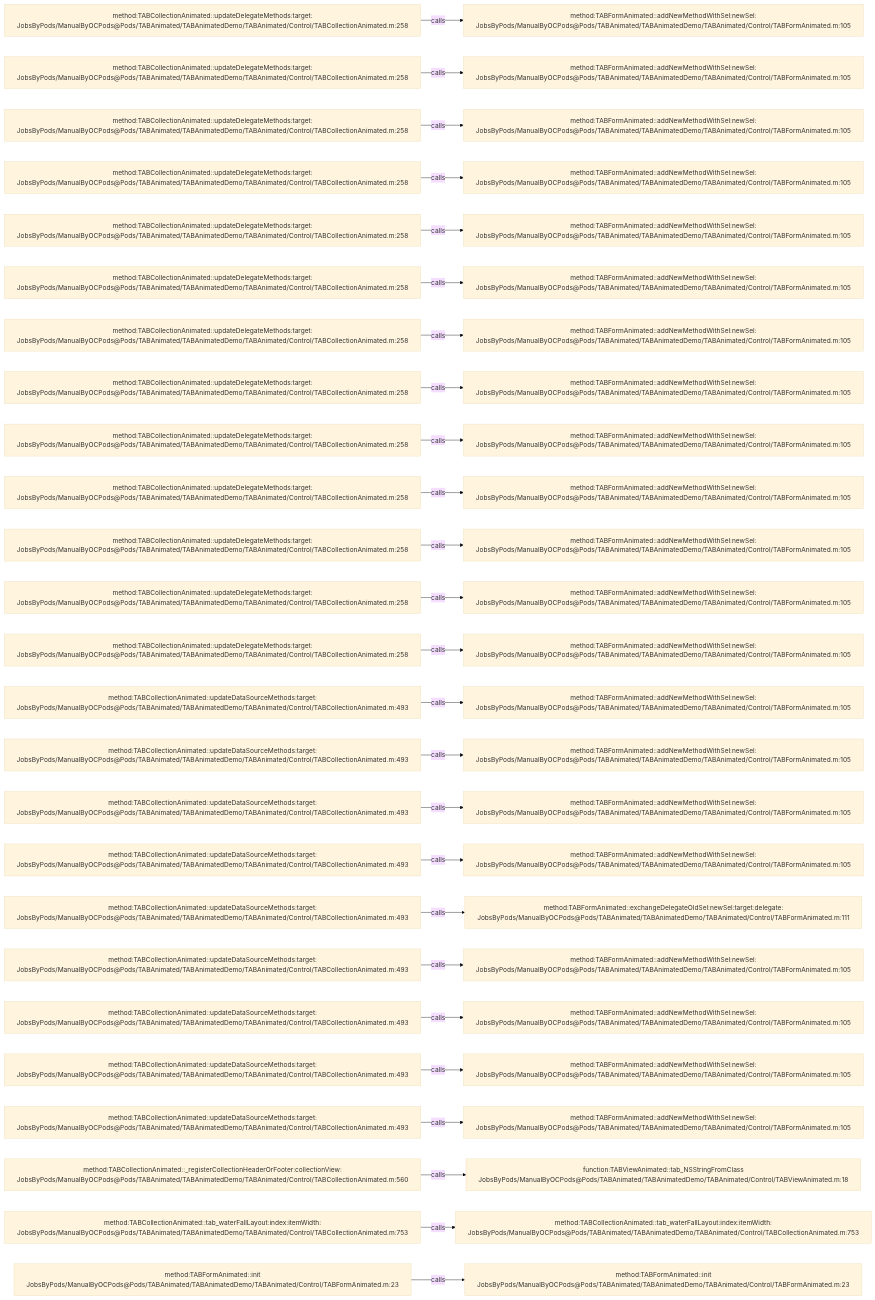
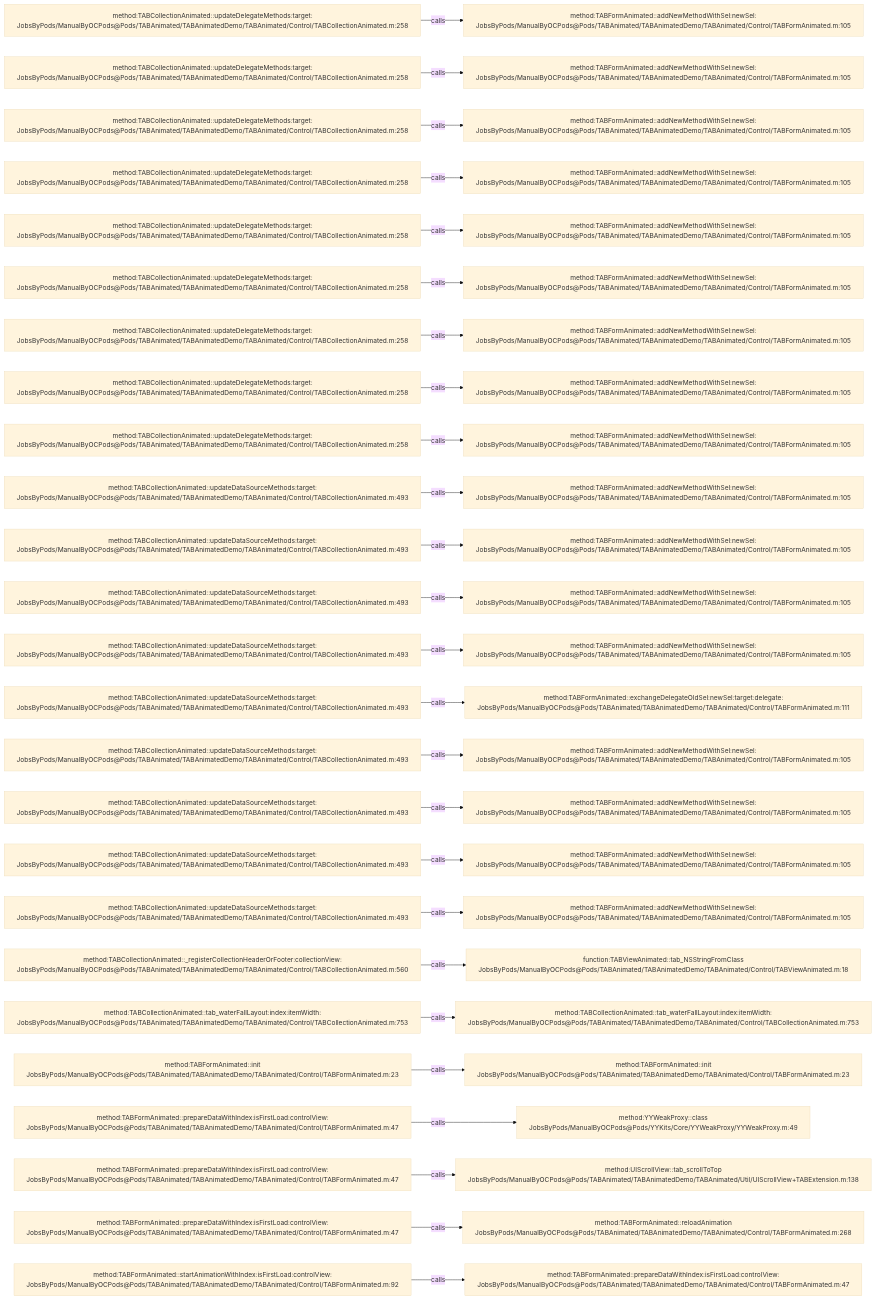
The diagram in .codegraph/codegraph.md/graphs/calls-021.md (JobsKits/JobsOCBaseConfigDemo), drawn with Mermaid (base theme) before and after one commit. The commit also changed 727 other files, not shown here.

````diff
--- a/.codegraph/codegraph.md/graphs/calls-021.md
+++ b/.codegraph/codegraph.md/graphs/calls-021.md
@@ -13,78 +13,78 @@
 ```mermaid
 flowchart LR
   S1["method:TABCollectionAnimated::updateDelegateMethods:target:<br/>JobsByPods/ManualByOCPods@Pods/TABAnimated/TABAnimatedDemo/TABAnimated/Control/TABCollectionAnimated.m:258"]
   T1["method:TABFormAnimated::addNewMethodWithSel:newSel:<br/>JobsByPods/ManualByOCPods@Pods/TABAnimated/TABAnimatedDemo/TABAnimated/Control/TABFormAnimated.m:105"]
   S1 -->|calls| T1
   S2["method:TABCollectionAnimated::updateDelegateMethods:target:<br/>JobsByPods/ManualByOCPods@Pods/TABAnimated/TABAnimatedDemo/TABAnimated/Control/TABCollectionAnimated.m:258"]
   T2["method:TABFormAnimated::addNewMethodWithSel:newSel:<br/>JobsByPods/ManualByOCPods@Pods/TABAnimated/TABAnimatedDemo/TABAnimated/Control/TABFormAnimated.m:105"]
   S2 -->|calls| T2
   S3["method:TABCollectionAnimated::updateDelegateMethods:target:<br/>JobsByPods/ManualByOCPods@Pods/TABAnimated/TABAnimatedDemo/TABAnimated/Control/TABCollectionAnimated.m:258"]
   T3["method:TABFormAnimated::addNewMethodWithSel:newSel:<br/>JobsByPods/ManualByOCPods@Pods/TABAnimated/TABAnimatedDemo/TABAnimated/Control/TABFormAnimated.m:105"]
   S3 -->|calls| T3
   S4["method:TABCollectionAnimated::updateDelegateMethods:target:<br/>JobsByPods/ManualByOCPods@Pods/TABAnimated/TABAnimatedDemo/TABAnimated/Control/TABCollectionAnimated.m:258"]
   T4["method:TABFormAnimated::addNewMethodWithSel:newSel:<br/>JobsByPods/ManualByOCPods@Pods/TABAnimated/TABAnimatedDemo/TABAnimated/Control/TABFormAnimated.m:105"]
   S4 -->|calls| T4
   S5["method:TABCollectionAnimated::updateDelegateMethods:target:<br/>JobsByPods/ManualByOCPods@Pods/TABAnimated/TABAnimatedDemo/TABAnimated/Control/TABCollectionAnimated.m:258"]
   T5["method:TABFormAnimated::addNewMethodWithSel:newSel:<br/>JobsByPods/ManualByOCPods@Pods/TABAnimated/TABAnimatedDemo/TABAnimated/Control/TABFormAnimated.m:105"]
   S5 -->|calls| T5
   S6["method:TABCollectionAnimated::updateDelegateMethods:target:<br/>JobsByPods/ManualByOCPods@Pods/TABAnimated/TABAnimatedDemo/TABAnimated/Control/TABCollectionAnimated.m:258"]
   T6["method:TABFormAnimated::addNewMethodWithSel:newSel:<br/>JobsByPods/ManualByOCPods@Pods/TABAnimated/TABAnimatedDemo/TABAnimated/Control/TABFormAnimated.m:105"]
   S6 -->|calls| T6
   S7["method:TABCollectionAnimated::updateDelegateMethods:target:<br/>JobsByPods/ManualByOCPods@Pods/TABAnimated/TABAnimatedDemo/TABAnimated/Control/TABCollectionAnimated.m:258"]
   T7["method:TABFormAnimated::addNewMethodWithSel:newSel:<br/>JobsByPods/ManualByOCPods@Pods/TABAnimated/TABAnimatedDemo/TABAnimated/Control/TABFormAnimated.m:105"]
   S7 -->|calls| T7
   S8["method:TABCollectionAnimated::updateDelegateMethods:target:<br/>JobsByPods/ManualByOCPods@Pods/TABAnimated/TABAnimatedDemo/TABAnimated/Control/TABCollectionAnimated.m:258"]
   T8["method:TABFormAnimated::addNewMethodWithSel:newSel:<br/>JobsByPods/ManualByOCPods@Pods/TABAnimated/TABAnimatedDemo/TABAnimated/Control/TABFormAnimated.m:105"]
   S8 -->|calls| T8
   S9["method:TABCollectionAnimated::updateDelegateMethods:target:<br/>JobsByPods/ManualByOCPods@Pods/TABAnimated/TABAnimatedDemo/TABAnimated/Control/TABCollectionAnimated.m:258"]
   T9["method:TABFormAnimated::addNewMethodWithSel:newSel:<br/>JobsByPods/ManualByOCPods@Pods/TABAnimated/TABAnimatedDemo/TABAnimated/Control/TABFormAnimated.m:105"]
   S9 -->|calls| T9
-  S10["method:TABCollectionAnimated::updateDelegateMethods:target:<br/>JobsByPods/ManualByOCPods@Pods/TABAnimated/TABAnimatedDemo/TABAnimated/Control/TABCollectionAnimated.m:258"]
+  S10["method:TABCollectionAnimated::updateDataSourceMethods:target:<br/>JobsByPods/ManualByOCPods@Pods/TABAnimated/TABAnimatedDemo/TABAnimated/Control/TABCollectionAnimated.m:493"]
   T10["method:TABFormAnimated::addNewMethodWithSel:newSel:<br/>JobsByPods/ManualByOCPods@Pods/TABAnimated/TABAnimatedDemo/TABAnimated/Control/TABFormAnimated.m:105"]
   S10 -->|calls| T10
-  S11["method:TABCollectionAnimated::updateDelegateMethods:target:<br/>JobsByPods/ManualByOCPods@Pods/TABAnimated/TABAnimatedDemo/TABAnimated/Control/TABCollectionAnimated.m:258"]
+  S11["method:TABCollectionAnimated::updateDataSourceMethods:target:<br/>JobsByPods/ManualByOCPods@Pods/TABAnimated/TABAnimatedDemo/TABAnimated/Control/TABCollectionAnimated.m:493"]
   T11["method:TABFormAnimated::addNewMethodWithSel:newSel:<br/>JobsByPods/ManualByOCPods@Pods/TABAnimated/TABAnimatedDemo/TABAnimated/Control/TABFormAnimated.m:105"]
   S11 -->|calls| T11
-  S12["method:TABCollectionAnimated::updateDelegateMethods:target:<br/>JobsByPods/ManualByOCPods@Pods/TABAnimated/TABAnimatedDemo/TABAnimated/Control/TABCollectionAnimated.m:258"]
+  S12["method:TABCollectionAnimated::updateDataSourceMethods:target:<br/>JobsByPods/ManualByOCPods@Pods/TABAnimated/TABAnimatedDemo/TABAnimated/Control/TABCollectionAnimated.m:493"]
   T12["method:TABFormAnimated::addNewMethodWithSel:newSel:<br/>JobsByPods/ManualByOCPods@Pods/TABAnimated/TABAnimatedDemo/TABAnimated/Control/TABFormAnimated.m:105"]
   S12 -->|calls| T12
-  S13["method:TABCollectionAnimated::updateDelegateMethods:target:<br/>JobsByPods/ManualByOCPods@Pods/TABAnimated/TABAnimatedDemo/TABAnimated/Control/TABCollectionAnimated.m:258"]
+  S13["method:TABCollectionAnimated::updateDataSourceMethods:target:<br/>JobsByPods/ManualByOCPods@Pods/TABAnimated/TABAnimatedDemo/TABAnimated/Control/TABCollectionAnimated.m:493"]
   T13["method:TABFormAnimated::addNewMethodWithSel:newSel:<br/>JobsByPods/ManualByOCPods@Pods/TABAnimated/TABAnimatedDemo/TABAnimated/Control/TABFormAnimated.m:105"]
   S13 -->|calls| T13
   S14["method:TABCollectionAnimated::updateDataSourceMethods:target:<br/>JobsByPods/ManualByOCPods@Pods/TABAnimated/TABAnimatedDemo/TABAnimated/Control/TABCollectionAnimated.m:493"]
-  T14["method:TABFormAnimated::addNewMethodWithSel:newSel:<br/>JobsByPods/ManualByOCPods@Pods/TABAnimated/TABAnimatedDemo/TABAnimated/Control/TABFormAnimated.m:105"]
+  T14["method:TABFormAnimated::exchangeDelegateOldSel:newSel:target:delegate:<br/>JobsByPods/ManualByOCPods@Pods/TABAnimated/TABAnimatedDemo/TABAnimated/Control/TABFormAnimated.m:111"]
   S14 -->|calls| T14
   S15["method:TABCollectionAnimated::updateDataSourceMethods:target:<br/>JobsByPods/ManualByOCPods@Pods/TABAnimated/TABAnimatedDemo/TABAnimated/Control/TABCollectionAnimated.m:493"]
   T15["method:TABFormAnimated::addNewMethodWithSel:newSel:<br/>JobsByPods/ManualByOCPods@Pods/TABAnimated/TABAnimatedDemo/TABAnimated/Control/TABFormAnimated.m:105"]
   S15 -->|calls| T15
   S16["method:TABCollectionAnimated::updateDataSourceMethods:target:<br/>JobsByPods/ManualByOCPods@Pods/TABAnimated/TABAnimatedDemo/TABAnimated/Control/TABCollectionAnimated.m:493"]
   T16["method:TABFormAnimated::addNewMethodWithSel:newSel:<br/>JobsByPods/ManualByOCPods@Pods/TABAnimated/TABAnimatedDemo/TABAnimated/Control/TABFormAnimated.m:105"]
   S16 -->|calls| T16
   S17["method:TABCollectionAnimated::updateDataSourceMethods:target:<br/>JobsByPods/ManualByOCPods@Pods/TABAnimated/TABAnimatedDemo/TABAnimated/Control/TABCollectionAnimated.m:493"]
   T17["method:TABFormAnimated::addNewMethodWithSel:newSel:<br/>JobsByPods/ManualByOCPods@Pods/TABAnimated/TABAnimatedDemo/TABAnimated/Control/TABFormAnimated.m:105"]
   S17 -->|calls| T17
   S18["method:TABCollectionAnimated::updateDataSourceMethods:target:<br/>JobsByPods/ManualByOCPods@Pods/TABAnimated/TABAnimatedDemo/TABAnimated/Control/TABCollectionAnimated.m:493"]
-  T18["method:TABFormAnimated::exchangeDelegateOldSel:newSel:target:delegate:<br/>JobsByPods/ManualByOCPods@Pods/TABAnimated/TABAnimatedDemo/TABAnimated/Control/TABFormAnimated.m:111"]
+  T18["method:TABFormAnimated::addNewMethodWithSel:newSel:<br/>JobsByPods/ManualByOCPods@Pods/TABAnimated/TABAnimatedDemo/TABAnimated/Control/TABFormAnimated.m:105"]
   S18 -->|calls| T18
-  S19["method:TABCollectionAnimated::updateDataSourceMethods:target:<br/>JobsByPods/ManualByOCPods@Pods/TABAnimated/TABAnimatedDemo/TABAnimated/Control/TABCollectionAnimated.m:493"]
-  T19["method:TABFormAnimated::addNewMethodWithSel:newSel:<br/>JobsByPods/ManualByOCPods@Pods/TABAnimated/TABAnimatedDemo/TABAnimated/Control/TABFormAnimated.m:105"]
+  S19["method:TABCollectionAnimated::_registerCollectionHeaderOrFooter:collectionView:<br/>JobsByPods/ManualByOCPods@Pods/TABAnimated/TABAnimatedDemo/TABAnimated/Control/TABCollectionAnimated.m:560"]
+  T19["function:TABViewAnimated::tab_NSStringFromClass<br/>JobsByPods/ManualByOCPods@Pods/TABAnimated/TABAnimatedDemo/TABAnimated/Control/TABViewAnimated.m:18"]
   S19 -->|calls| T19
-  S20["method:TABCollectionAnimated::updateDataSourceMethods:target:<br/>JobsByPods/ManualByOCPods@Pods/TABAnimated/TABAnimatedDemo/TABAnimated/Control/TABCollectionAnimated.m:493"]
-  T20["method:TABFormAnimated::addNewMethodWithSel:newSel:<br/>JobsByPods/ManualByOCPods@Pods/TABAnimated/TABAnimatedDemo/TABAnimated/Control/TABFormAnimated.m:105"]
+  S20["method:TABCollectionAnimated::tab_waterFallLayout:index:itemWidth:<br/>JobsByPods/ManualByOCPods@Pods/TABAnimated/TABAnimatedDemo/TABAnimated/Control/TABCollectionAnimated.m:753"]
+  T20["method:TABCollectionAnimated::tab_waterFallLayout:index:itemWidth:<br/>JobsByPods/ManualByOCPods@Pods/TABAnimated/TABAnimatedDemo/TABAnimated/Control/TABCollectionAnimated.m:753"]
   S20 -->|calls| T20
-  S21["method:TABCollectionAnimated::updateDataSourceMethods:target:<br/>JobsByPods/ManualByOCPods@Pods/TABAnimated/TABAnimatedDemo/TABAnimated/Control/TABCollectionAnimated.m:493"]
-  T21["method:TABFormAnimated::addNewMethodWithSel:newSel:<br/>JobsByPods/ManualByOCPods@Pods/TABAnimated/TABAnimatedDemo/TABAnimated/Control/TABFormAnimated.m:105"]
+  S21["method:TABFormAnimated::init<br/>JobsByPods/ManualByOCPods@Pods/TABAnimated/TABAnimatedDemo/TABAnimated/Control/TABFormAnimated.m:23"]
+  T21["method:TABFormAnimated::init<br/>JobsByPods/ManualByOCPods@Pods/TABAnimated/TABAnimatedDemo/TABAnimated/Control/TABFormAnimated.m:23"]
   S21 -->|calls| T21
-  S22["method:TABCollectionAnimated::updateDataSourceMethods:target:<br/>JobsByPods/ManualByOCPods@Pods/TABAnimated/TABAnimatedDemo/TABAnimated/Control/TABCollectionAnimated.m:493"]
-  T22["method:TABFormAnimated::addNewMethodWithSel:newSel:<br/>JobsByPods/ManualByOCPods@Pods/TABAnimated/TABAnimatedDemo/TABAnimated/Control/TABFormAnimated.m:105"]
+  S22["method:TABFormAnimated::prepareDataWithIndex:isFirstLoad:controlView:<br/>JobsByPods/ManualByOCPods@Pods/TABAnimated/TABAnimatedDemo/TABAnimated/Control/TABFormAnimated.m:47"]
+  T22["method:YYWeakProxy::class<br/>JobsByPods/ManualByOCPods@Pods/YYKits/Core/YYWeakProxy/YYWeakProxy.m:49"]
   S22 -->|calls| T22
-  S23["method:TABCollectionAnimated::_registerCollectionHeaderOrFooter:collectionView:<br/>JobsByPods/ManualByOCPods@Pods/TABAnimated/TABAnimatedDemo/TABAnimated/Control/TABCollectionAnimated.m:560"]
-  T23["function:TABViewAnimated::tab_NSStringFromClass<br/>JobsByPods/ManualByOCPods@Pods/TABAnimated/TABAnimatedDemo/TABAnimated/Control/TABViewAnimated.m:18"]
+  S23["method:TABFormAnimated::prepareDataWithIndex:isFirstLoad:controlView:<br/>JobsByPods/ManualByOCPods@Pods/TABAnimated/TABAnimatedDemo/TABAnimated/Control/TABFormAnimated.m:47"]
+  T23["method:UIScrollView::tab_scrollToTop<br/>JobsByPods/ManualByOCPods@Pods/TABAnimated/TABAnimatedDemo/TABAnimated/Util/UIScrollView+TABExtension.m:138"]
   S23 -->|calls| T23
-  S24["method:TABCollectionAnimated::tab_waterFallLayout:index:itemWidth:<br/>JobsByPods/ManualByOCPods@Pods/TABAnimated/TABAnimatedDemo/TABAnimated/Control/TABCollectionAnimated.m:753"]
-  T24["method:TABCollectionAnimated::tab_waterFallLayout:index:itemWidth:<br/>JobsByPods/ManualByOCPods@Pods/TABAnimated/TABAnimatedDemo/TABAnimated/Control/TABCollectionAnimated.m:753"]
+  S24["method:TABFormAnimated::prepareDataWithIndex:isFirstLoad:controlView:<br/>JobsByPods/ManualByOCPods@Pods/TABAnimated/TABAnimatedDemo/TABAnimated/Control/TABFormAnimated.m:47"]
+  T24["method:TABFormAnimated::reloadAnimation<br/>JobsByPods/ManualByOCPods@Pods/TABAnimated/TABAnimatedDemo/TABAnimated/Control/TABFormAnimated.m:268"]
   S24 -->|calls| T24
-  S25["method:TABFormAnimated::init<br/>JobsByPods/ManualByOCPods@Pods/TABAnimated/TABAnimatedDemo/TABAnimated/Control/TABFormAnimated.m:23"]
-  T25["method:TABFormAnimated::init<br/>JobsByPods/ManualByOCPods@Pods/TABAnimated/TABAnimatedDemo/TABAnimated/Control/TABFormAnimated.m:23"]
+  S25["method:TABFormAnimated::startAnimationWithIndex:isFirstLoad:controlView:<br/>JobsByPods/ManualByOCPods@Pods/TABAnimated/TABAnimatedDemo/TABAnimated/Control/TABFormAnimated.m:92"]
+  T25["method:TABFormAnimated::prepareDataWithIndex:isFirstLoad:controlView:<br/>JobsByPods/ManualByOCPods@Pods/TABAnimated/TABAnimatedDemo/TABAnimated/Control/TABFormAnimated.m:47"]
   S25 -->|calls| T25
 ```
````
